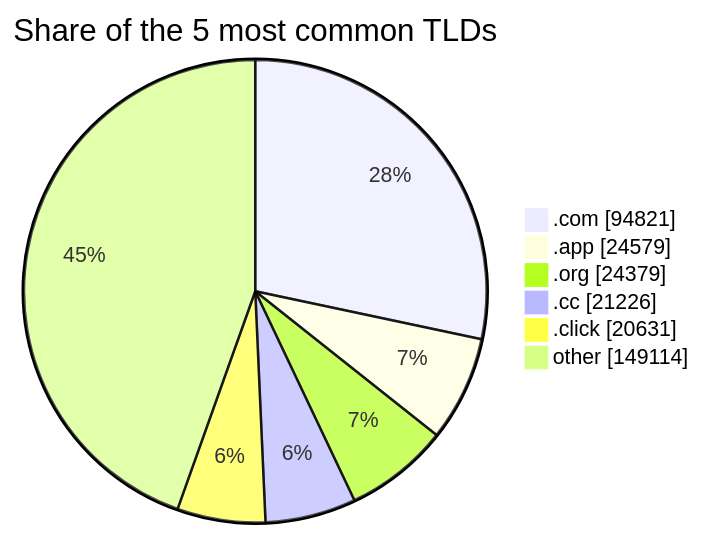
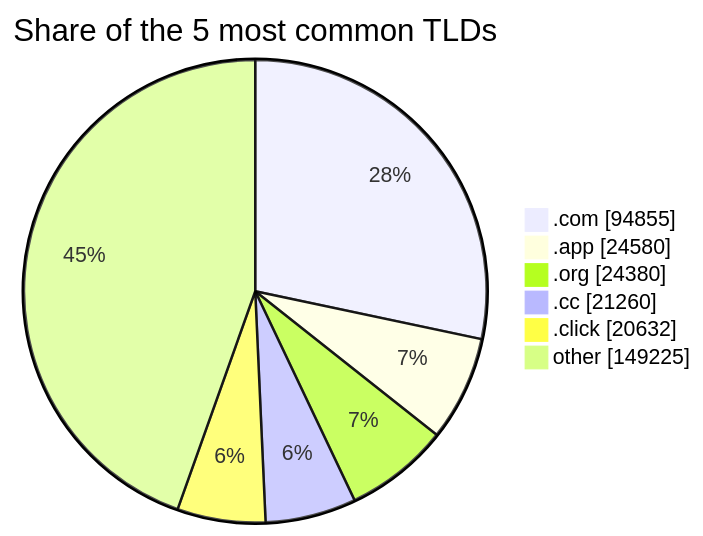
One commit to DNSBunker/CTI changed the third of 3 diagrams in README.md. Above: the diagram before and after it, drawn with Mermaid. The commit also changed other lines of this file and 4 other files, not shown here.

````diff
--- a/README.md
+++ b/README.md
@@ -81,9 +81,9 @@
 ```mermaid
 pie showData title Share of the 5 most common TLDs
-    ".com" : 94821
-    ".app" : 24579
-    ".org" : 24379
-    ".cc" : 21226
-    ".click" : 20631
-    "other" : 149114
+    ".com" : 94855
+    ".app" : 24580
+    ".org" : 24380
+    ".cc" : 21260
+    ".click" : 20632
+    "other" : 149225
 ```
````
